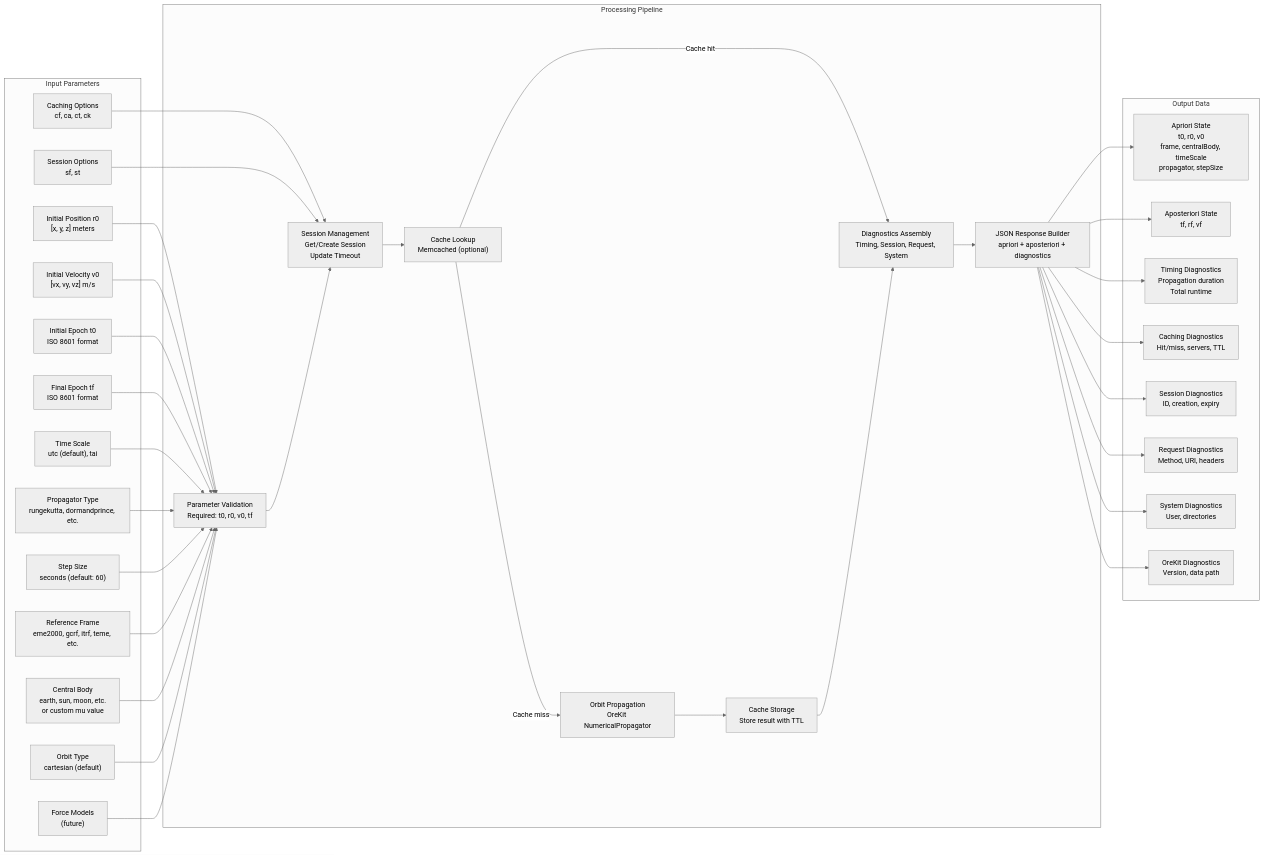
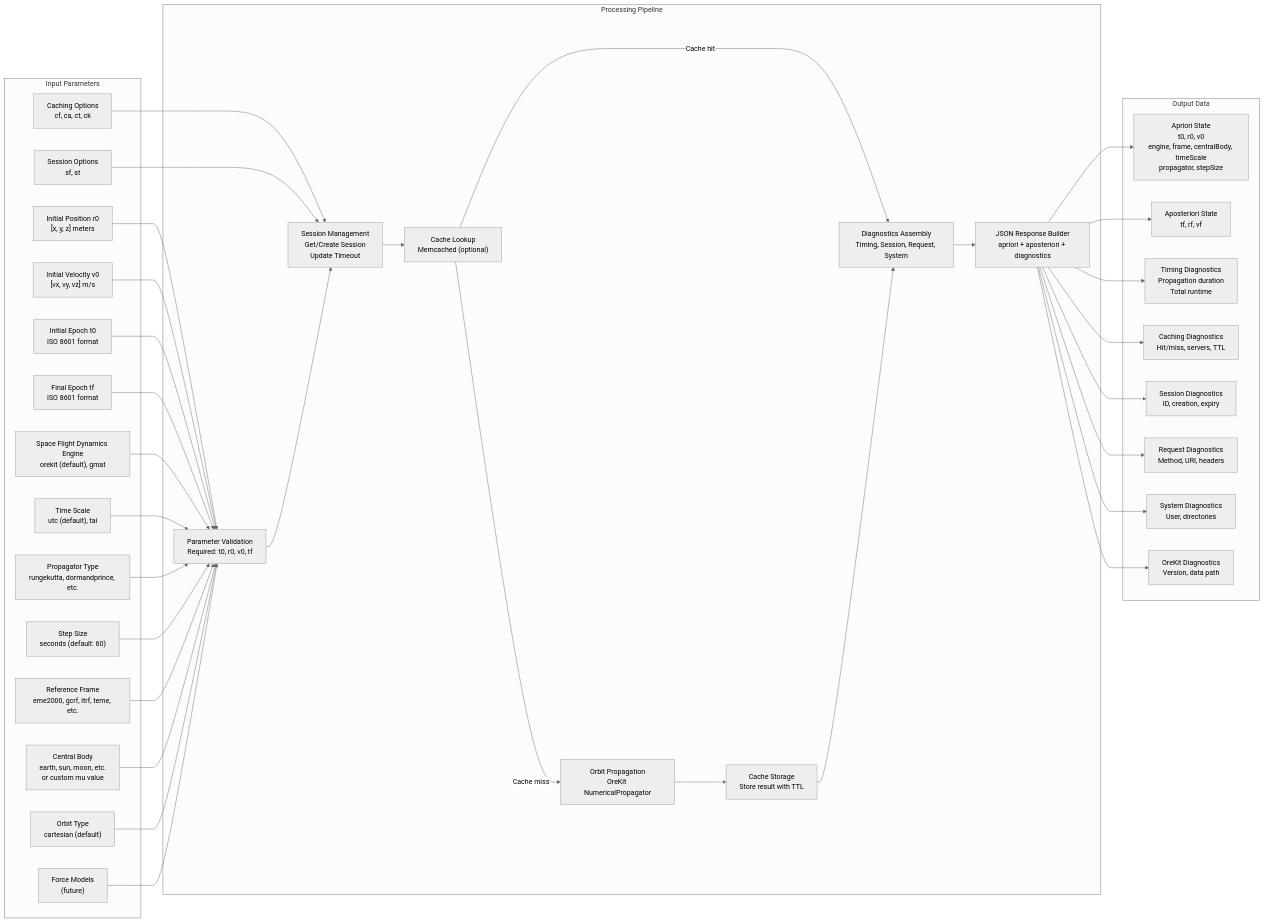
The fourth of 4 diagrams in docs/entity-relationship-diagram.md (haisamido/SFDaaS), drawn with Mermaid (neutral theme) before and after one commit. The commit also changed other lines of this file and 5 other files, not shown here.

First line of the commit message:
Add multi-engine support with OreKit and GMAT placeholder

````diff
--- a/docs/entity-relationship-diagram.md
+++ b/docs/entity-relationship-diagram.md
@@ -328,74 +343,76 @@
 ```mermaid
 flowchart LR
     subgraph Input["Input Parameters"]
         r0["Initial Position r0<br/>[x, y, z] meters"]
         v0["Initial Velocity v0<br/>[vx, vy, vz] m/s"]
         t0["Initial Epoch t0<br/>ISO 8601 format"]
         tf["Final Epoch tf<br/>ISO 8601 format"]
+        engine["Space Flight Dynamics Engine<br/>orekit (default), gmat"]
         timeScale["Time Scale<br/>utc (default), tai"]
         propagatorType["Propagator Type<br/>rungekutta, dormandprince, etc."]
         stepSize["Step Size<br/>seconds (default: 60)"]
         frameType["Reference Frame<br/>eme2000, gcrf, itrf, teme, etc."]
         centralBody["Central Body<br/>earth, sun, moon, etc.<br/>or custom mu value"]
         orbitType["Orbit Type<br/>cartesian (default)"]
         forceModels["Force Models<br/>(future)"]
         caching["Caching Options<br/>cf, ca, ct, ck"]
         session["Session Options<br/>sf, st"]
     end
 
     subgraph Processing["Processing Pipeline"]
         validation["Parameter Validation<br/>Required: t0, r0, v0, tf"]
         sessionMgmt["Session Management<br/>Get/Create Session<br/>Update Timeout"]
         cacheCheck["Cache Lookup<br/>Memcached (optional)"]
         propagation["Orbit Propagation<br/>OreKit NumericalPropagator"]
         cacheStore["Cache Storage<br/>Store result with TTL"]
         diagnostics["Diagnostics Assembly<br/>Timing, Session, Request, System"]
         jsonFormat["JSON Response Builder<br/>apriori + aposteriori + diagnostics"]
     end
 
     subgraph Output["Output Data"]
-        apriori["Apriori State<br/>t0, r0, v0<br/>frame, centralBody, timeScale<br/>propagator, stepSize"]
+        apriori["Apriori State<br/>t0, r0, v0<br/>engine, frame, centralBody, timeScale<br/>propagator, stepSize"]
         aposteriori["Aposteriori State<br/>tf, rf, vf"]
         diagTiming["Timing Diagnostics<br/>Propagation duration<br/>Total runtime"]
         diagCaching["Caching Diagnostics<br/>Hit/miss, servers, TTL"]
         diagSession["Session Diagnostics<br/>ID, creation, expiry"]
         diagRequest["Request Diagnostics<br/>Method, URI, headers"]
         diagSystem["System Diagnostics<br/>User, directories"]
         diagOreKit["OreKit Diagnostics<br/>Version, data path"]
     end
 
     r0 --> validation
     v0 --> validation
     t0 --> validation
     tf --> validation
+    engine --> validation
     timeScale --> validation
     propagatorType --> validation
     stepSize --> validation
     frameType --> validation
     centralBody --> validation
     orbitType --> validation
     forceModels --> validation
 
     caching --> sessionMgmt
     session --> sessionMgmt
 
     validation --> sessionMgmt
     sessionMgmt --> cacheCheck
 
     cacheCheck -->|Cache miss| propagation
     cacheCheck -->|Cache hit| diagnostics
 
     propagation --> cacheStore
     cacheStore --> diagnostics
 
     diagnostics --> jsonFormat
 
     jsonFormat --> apriori
     jsonFormat --> aposteriori
     jsonFormat --> diagTiming
     jsonFormat --> diagCaching
     jsonFormat --> diagSession
     jsonFormat --> diagRequest
     jsonFormat --> diagSystem
     jsonFormat --> diagOreKit
 ```
````
